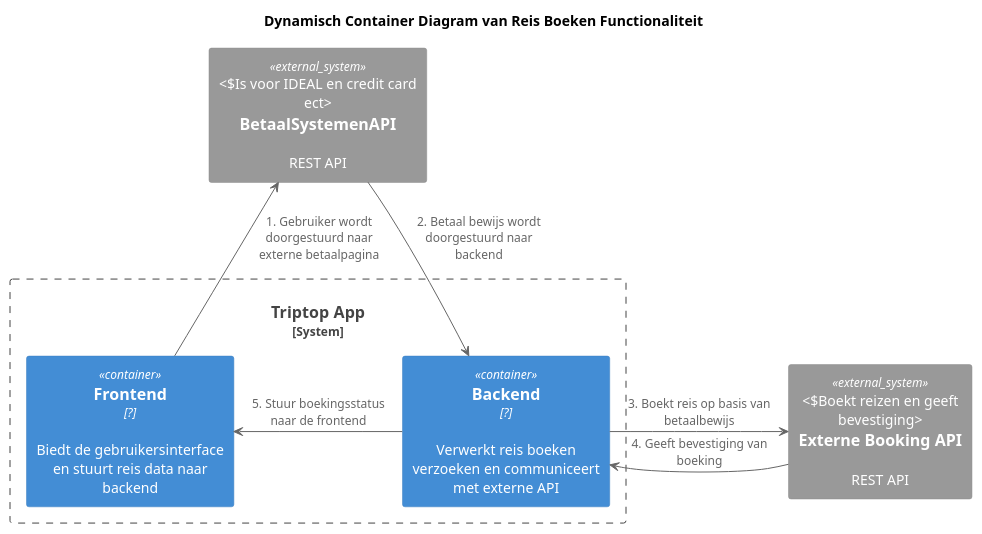
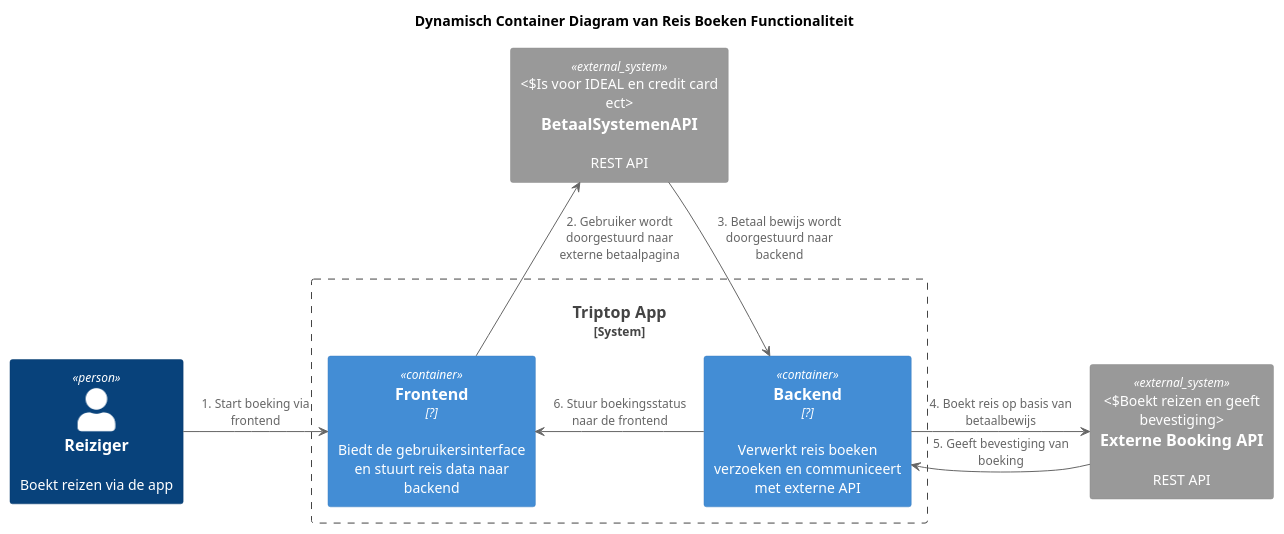
Before and after one commit to AIM-ENE-feb25/triptop-peak-performers-groep-1: the diagram in taha/Dynamische Container Diagrammen/Reis boeken/Reis_Boeken_Dynamisch_Diagram.puml, drawn with PlantUML. The commit also changed 6 other files, not shown here.

```diff
--- a/taha/Dynamische Container Diagrammen/Reis boeken/Reis_Boeken_Dynamisch_Diagram.puml
+++ b/taha/Dynamische Container Diagrammen/Reis boeken/Reis_Boeken_Dynamisch_Diagram.puml
@@ -1,21 +1,23 @@
 @startuml
 !include <C4/C4_Container>
 
 title Dynamisch Container Diagram van Reis Boeken Functionaliteit
 
 LAYOUT_TOP_DOWN()
+Person(user, "Reiziger", "Boekt reizen via de app")
 System_Boundary(webapp, "Triptop App") {
     Container(api, "Backend", "?", "Verwerkt reis boeken verzoeken en communiceert met externe API")
     Container(web, "Frontend", "?", "Biedt de gebruikersinterface en stuurt reis data naar backend")
 }
 
 System_Ext(betaal_api, "BetaalSystemenAPI", "REST API","Is voor IDEAL en credit card ect")
 System_Ext(booking_api, "Externe Booking API", "REST API", "Boekt reizen en geeft bevestiging")
 
-web -right-> betaal_api : 1. Gebruiker wordt doorgestuurd naar externe betaalpagina
-betaal_api -down-> api : 2. Betaal bewijs wordt doorgestuurd naar backend
-api -right-> booking_api : 3. Boekt reis op basis van betaalbewijs
-booking_api -left-> api : 4. Geeft bevestiging van boeking
-api -left-> web : 5. Stuur boekingsstatus naar de frontend
+user -right-> web : 1. Start boeking via frontend
+web -right-> betaal_api : 2. Gebruiker wordt doorgestuurd naar externe betaalpagina
+betaal_api -down-> api : 3. Betaal bewijs wordt doorgestuurd naar backend
+api -right-> booking_api : 4. Boekt reis op basis van betaalbewijs
+booking_api -left-> api : 5. Geeft bevestiging van boeking
+api -left-> web : 6. Stuur boekingsstatus naar de frontend
 
 @enduml
```
